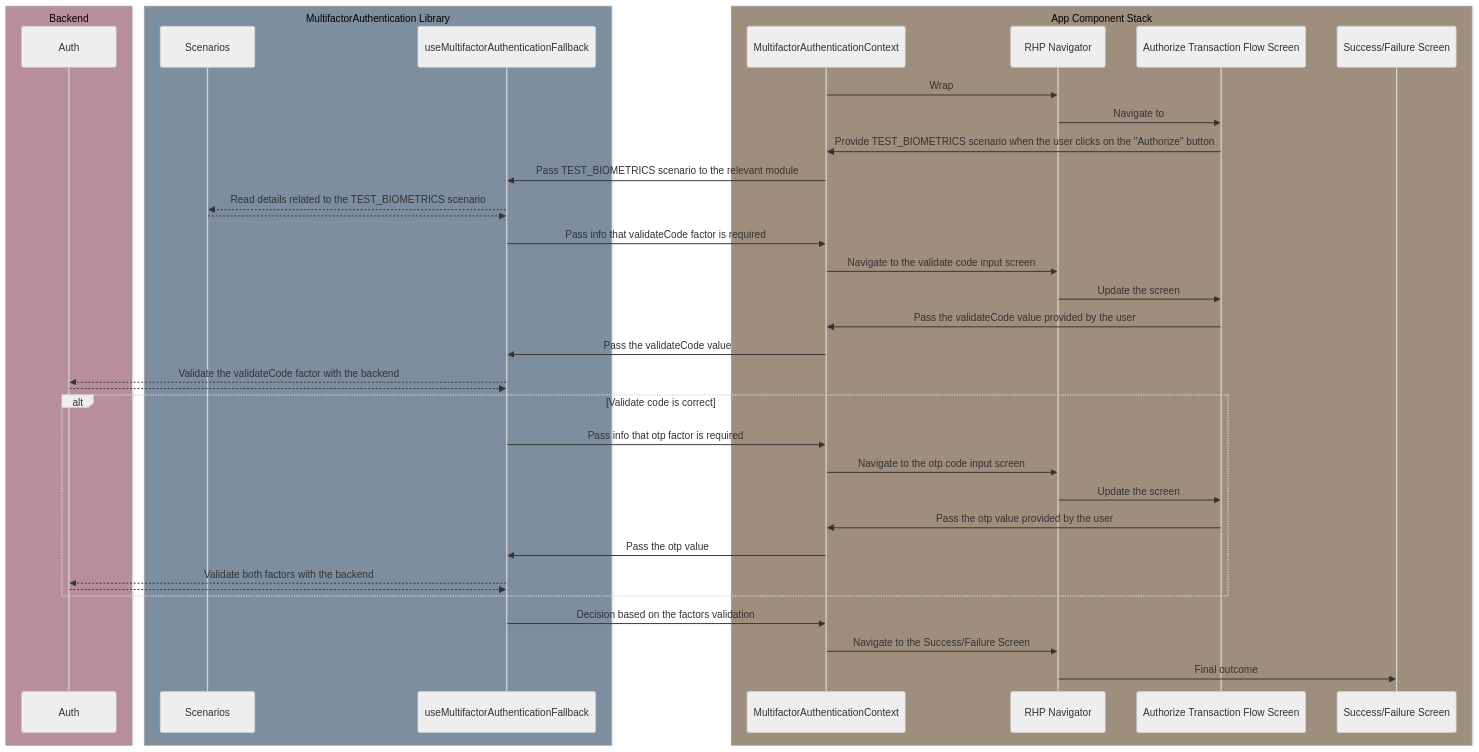
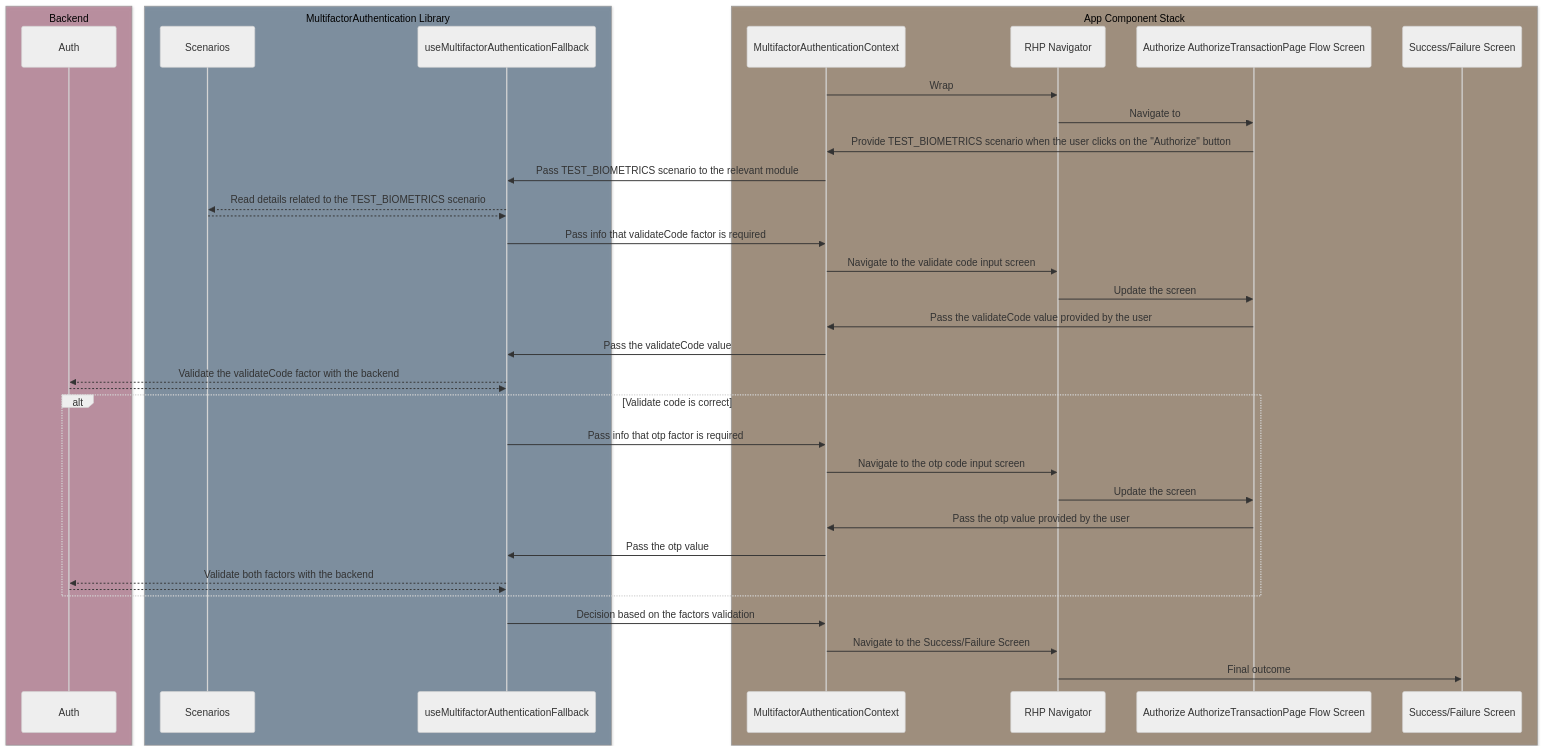
The second of 5 diagrams in mermaid.md (JakubKorytko/expensify-cards), drawn with Mermaid (neutral theme) before and after one commit. The commit also changed other lines of this file and 39 other files, not shown here.

````diff
--- a/mermaid.md
+++ b/mermaid.md
@@ -44,44 +44,44 @@
 ```mermaid
 sequenceDiagram
     box rgba(150,66,99,0.5) Backend
         participant Server as Auth
     end
 
     box rgba(33,66,99,0.5) MultifactorAuthentication Library
         participant SC as Scenarios
         participant Module as useMultifactorAuthenticationFallback
     end
 
     box rgba(99,66,33,0.5) App Component Stack
         participant MFACTX as MultifactorAuthenticationContext
         participant RHPRHP as RHP Navigator
-        participant Screen as Authorize Transaction Flow Screen
+        participant Screen as Authorize AuthorizeTransactionPage Flow Screen
         participant Final as Success/Failure Screen
     end
 
     MFACTX->>RHPRHP: Wrap
     RHPRHP->>Screen: Navigate to
     Screen->>MFACTX: Provide TEST_BIOMETRICS scenario when the user clicks on the "Authorize" button
     MFACTX->>Module: Pass TEST_BIOMETRICS scenario to the relevant module
     Module-->>SC: Read details related to the TEST_BIOMETRICS scenario
     SC-->>Module: ;
     Module->>MFACTX: Pass info that validateCode factor is required
     MFACTX->>RHPRHP: Navigate to the validate code input screen
     RHPRHP->>Screen: Update the screen
     Screen->>MFACTX: Pass the validateCode value provided by the user
     MFACTX->>Module: Pass the validateCode value
     Module-->>Server: Validate the validateCode factor with the backend
     Server-->>Module: ;
     alt Validate code is correct
         Module->>MFACTX: Pass info that otp factor is required
         MFACTX->>RHPRHP: Navigate to the otp code input screen
         RHPRHP->>Screen: Update the screen
         Screen->>MFACTX: Pass the otp value provided by the user
         MFACTX->>Module: Pass the otp value
         Module-->>Server: Validate both factors with the backend
         Server-->>Module: ;
     end
     Module->>MFACTX: Decision based on the factors validation
     MFACTX->>RHPRHP: Navigate to the Success/Failure Screen
     RHPRHP->>Final: Final outcome
 ```
````
